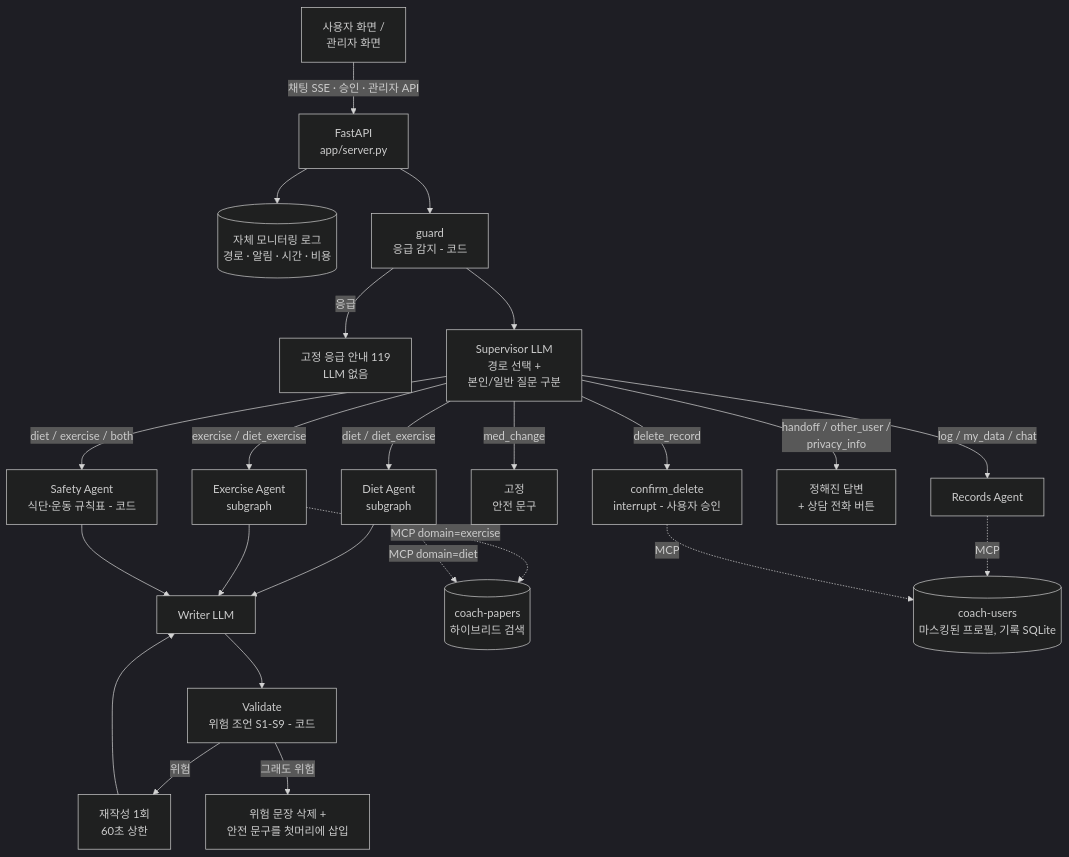
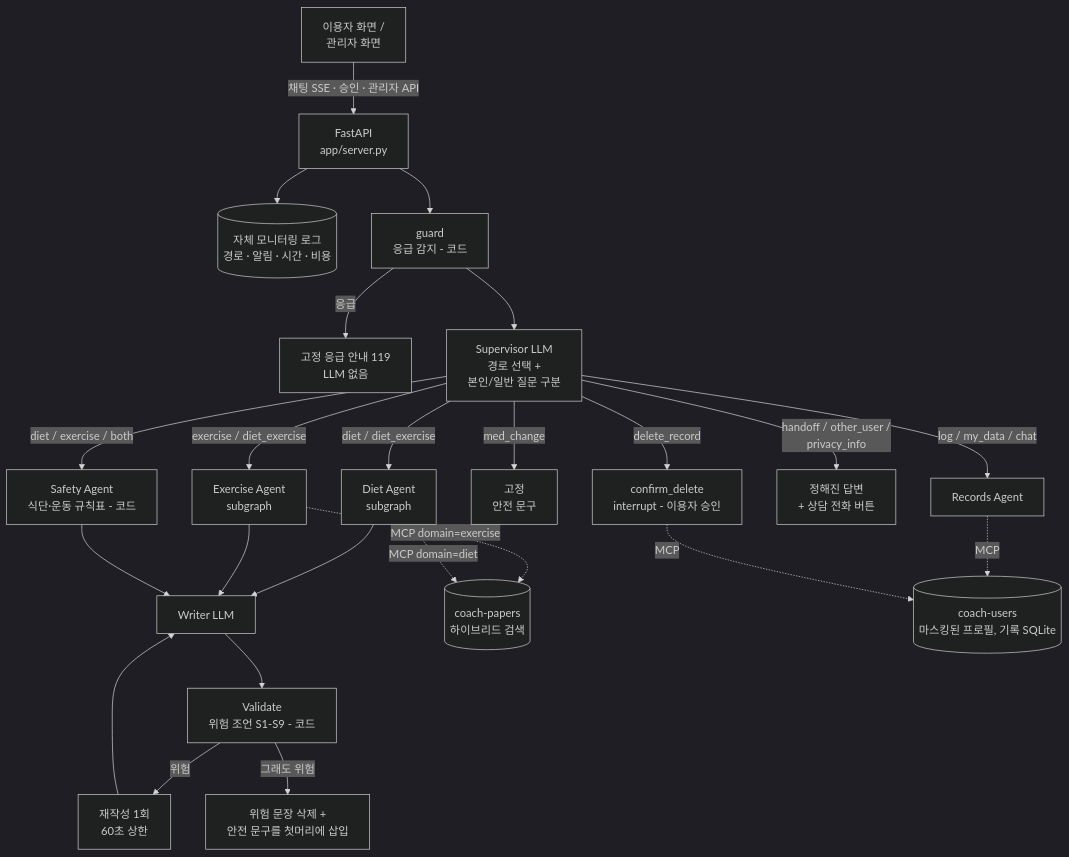
The diagram in docs/ARCHITECTURE.md (sihunwang-skala/health-coach-multi-agent), drawn with Mermaid (dark theme) before and after one commit. The commit also changed other lines of this file and 26 other files, not shown here.

````diff
--- a/docs/ARCHITECTURE.md
+++ b/docs/ARCHITECTURE.md
@@ -3,25 +3,25 @@
 ```mermaid
 flowchart TD
-  U[사용자 화면 /<br/>관리자 화면] -->|채팅 SSE · 승인 · 관리자 API| API[FastAPI<br/>app/server.py]
+  U[이용자 화면 /<br/>관리자 화면] -->|채팅 SSE · 승인 · 관리자 API| API[FastAPI<br/>app/server.py]
   API --> LOG[(자체 모니터링 로그<br/>경로 · 알림 · 시간 · 비용)]
   API --> G[guard<br/>응급 감지 - 코드]
   G -->|응급| EM[고정 응급 안내 119<br/>LLM 없음]
   G --> S[Supervisor LLM<br/>경로 선택 +<br/>본인/일반 질문 구분]
   S -->|diet / diet_exercise| DA[Diet Agent<br/>subgraph]
   S -->|exercise / diet_exercise| EV[Exercise Agent<br/>subgraph]
   S -->|diet / exercise / both| SA[Safety Agent<br/>식단·운동 규칙표 - 코드]
   S -->|med_change| MC[고정<br/>안전 문구]
   S -->|log / my_data / chat| RC[Records Agent]
   S -->|handoff / other_user /<br/>privacy_info| FX[정해진 답변<br/>+ 상담 전화 버튼]
-  S -->|delete_record| HD[confirm_delete<br/>interrupt - 사용자 승인]
+  S -->|delete_record| HD[confirm_delete<br/>interrupt - 이용자 승인]
   DA --> W[Writer LLM]
   EV --> W
   SA --> W
   W --> V[Validate<br/>위험 조언 S1-S9 - 코드]
   V -->|위험| RT[재작성 1회<br/>60초 상한] --> W
   V -->|그래도 위험| RM[위험 문장 삭제 +<br/>안전 문구를 첫머리에 삽입]
   EV -. MCP domain=exercise .-> P[(coach-papers<br/>하이브리드 검색)]
   DA -. MCP domain=diet .-> P
   RC -. MCP .-> UDB[(coach-users<br/>마스킹된 프로필, 기록 SQLite)]
   HD -. MCP .-> UDB
 ```
````
